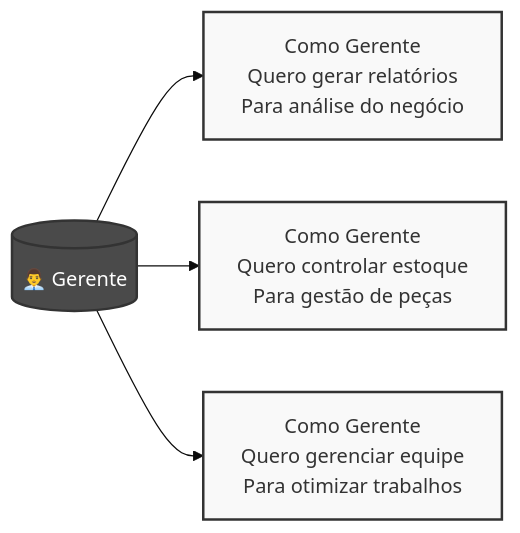
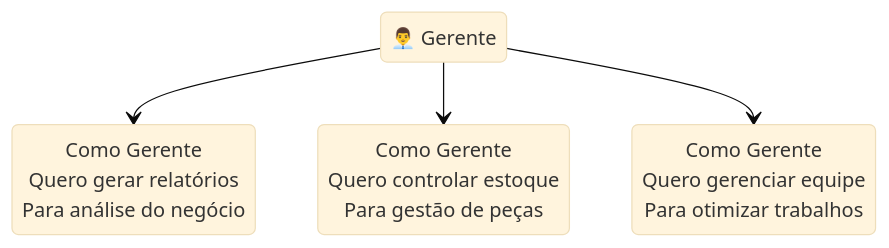
The fourth of 4 diagrams in historias_usuario.md (marcus2703/sistema-ordem-servico-oficina), drawn with Mermaid (base theme) before and after one commit. The commit also changed other lines of this file, not shown here.

````diff
--- a/historias_usuario.md
+++ b/historias_usuario.md
@@ -75,15 +65,11 @@
 ```mermaid
-graph LR
-    Gerente[("👨‍💼 Gerente")]
-    US10["Como Gerente<br/>Quero gerar relatórios<br/>Para análise do negócio"]
-    US11["Como Gerente<br/>Quero controlar estoque<br/>Para gestão de peças"]
-    US12["Como Gerente<br/>Quero gerenciar equipe<br/>Para otimizar trabalhos"]
+stateDiagram-v2
+    Gerente: 👨‍💼 Gerente
+    US10: Como Gerente<br/>Quero gerar relatórios<br/>Para análise do negócio
+    US11: Como Gerente<br/>Quero controlar estoque<br/>Para gestão de peças
+    US12: Como Gerente<br/>Quero gerenciar equipe<br/>Para otimizar trabalhos
 
     Gerente --> US10
     Gerente --> US11
     Gerente --> US12
-
-    classDef default fill:#f9f9f9,stroke:#333,stroke-width:2px;
-    classDef ator fill:#4A4A4A,stroke:#333,stroke-width:2px,color:white;
-    class Gerente ator;
 ```
````
